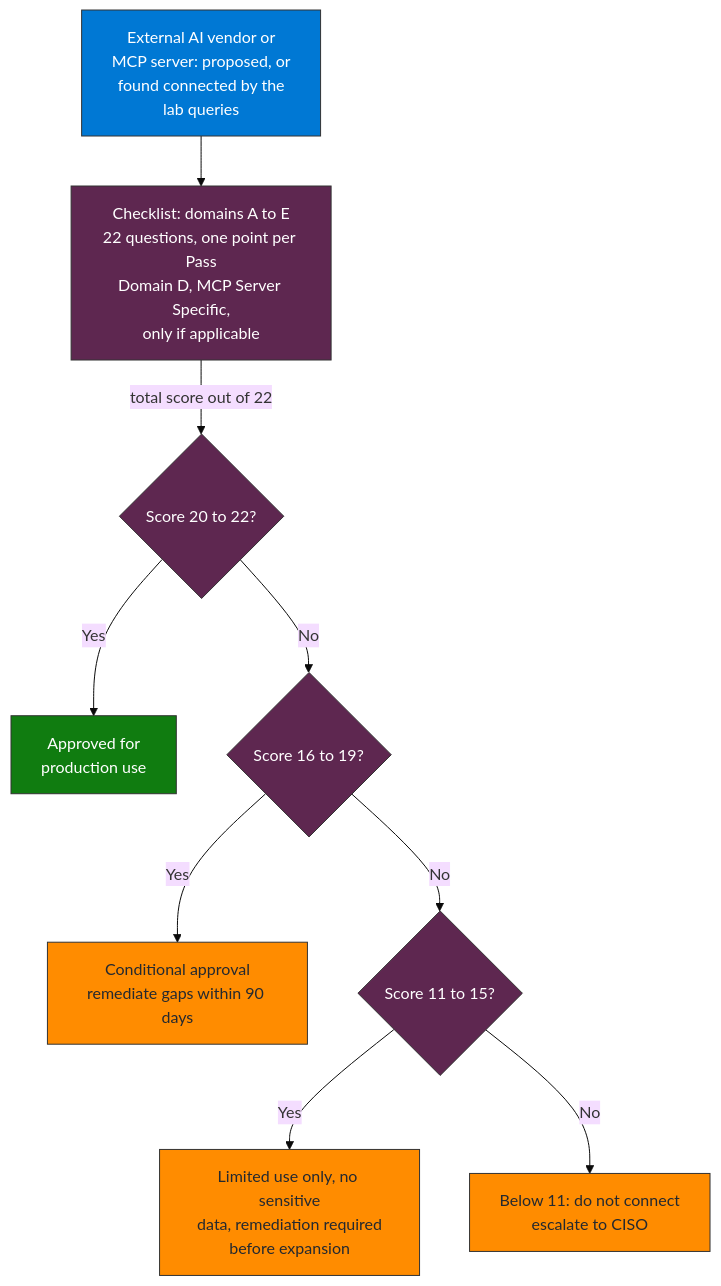
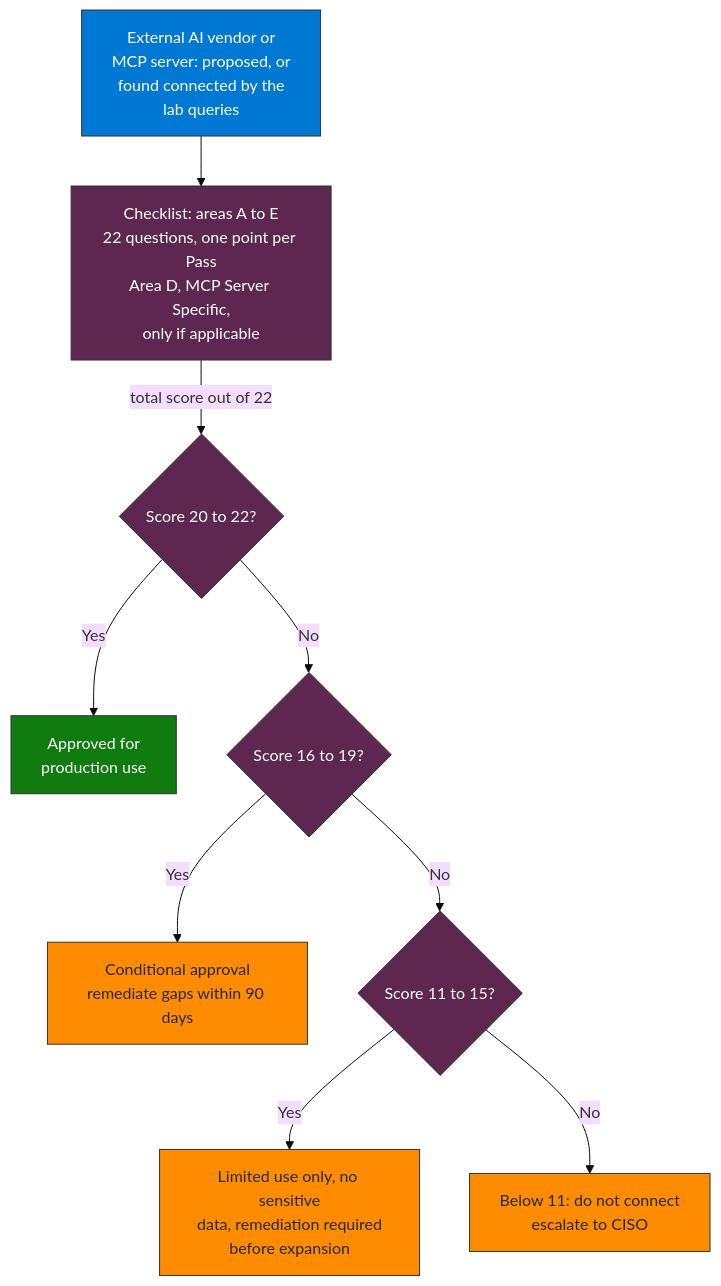
Before and after one commit to jcastanedacano/agent-zero: the second of 2 diagrams in Track-B-Architect/Module-07-VendorRisk.md, drawn with Mermaid (base theme). The commit also changed other lines of this file and 2 other files, not shown here.

First line of the commit message:
Call the vendor evaluation sections "areas" so "domain" only means a security domain

````diff
--- a/Track-B-Architect/Module-07-VendorRisk.md
+++ b/Track-B-Architect/Module-07-VendorRisk.md
@@ -164,28 +164,28 @@
 ```mermaid
 flowchart TB
     S["External AI vendor or<br/>MCP server: proposed, or<br/>found connected by the<br/>lab queries"]
-    CK["Checklist: domains A to E<br/>22 questions, one point per Pass<br/>Domain D, MCP Server Specific,<br/>only if applicable"]
+    CK["Checklist: areas A to E<br/>22 questions, one point per Pass<br/>Area D, MCP Server Specific,<br/>only if applicable"]
     Q1{"Score 20 to 22?"}
     O1["Approved for<br/>production use"]
     Q2{"Score 16 to 19?"}
     O2["Conditional approval<br/>remediate gaps within 90 days"]
     Q3{"Score 11 to 15?"}
     O3["Limited use only, no sensitive<br/>data, remediation required<br/>before expansion"]
     O4["Below 11: do not connect<br/>escalate to CISO"]
     S --> CK
     CK -- "total score out of 22" --> Q1
     Q1 -- "Yes" --> O1
     Q1 -- "No" --> Q2
     Q2 -- "Yes" --> O2
     Q2 -- "No" --> Q3
     Q3 -- "Yes" --> O3
     Q3 -- "No" --> O4
     classDef blue fill:#0078D4,stroke:#333,color:#fff
     classDef purple fill:#5E2750,stroke:#333,color:#fff
     classDef green fill:#107C10,stroke:#333,color:#fff
     classDef orange fill:#FF8C00,stroke:#333,color:#24292f
     class S blue
     class CK,Q1,Q2,Q3 purple
     class O1 green
     class O2,O3,O4 orange
 ```
````
